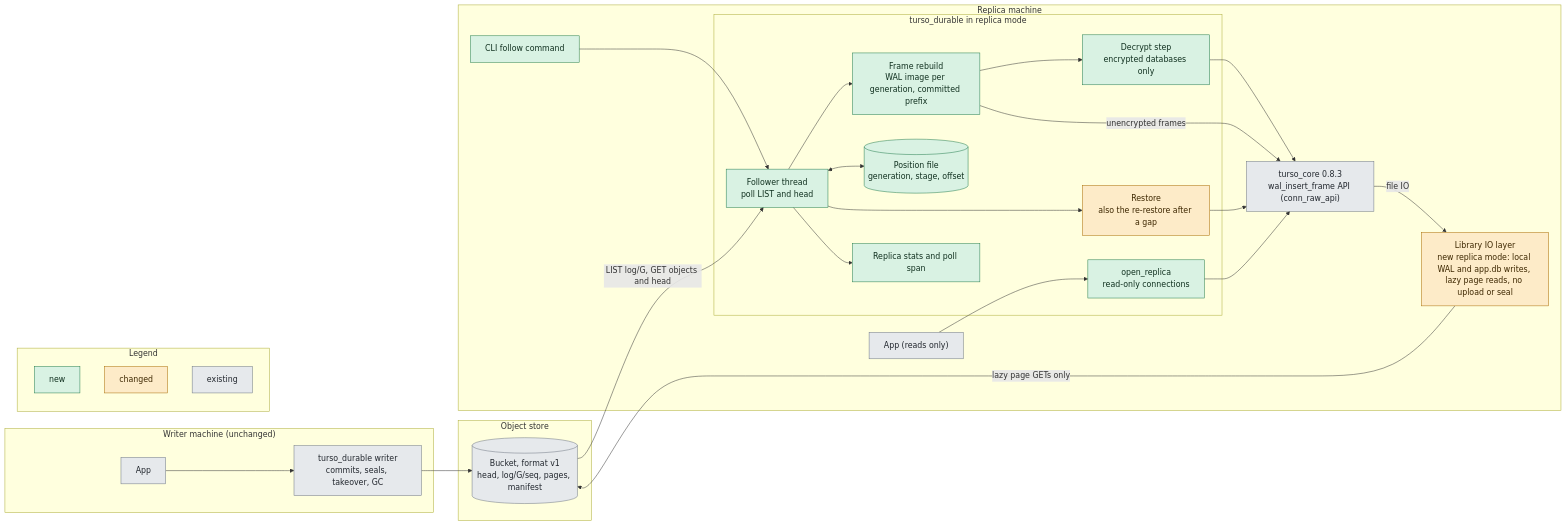
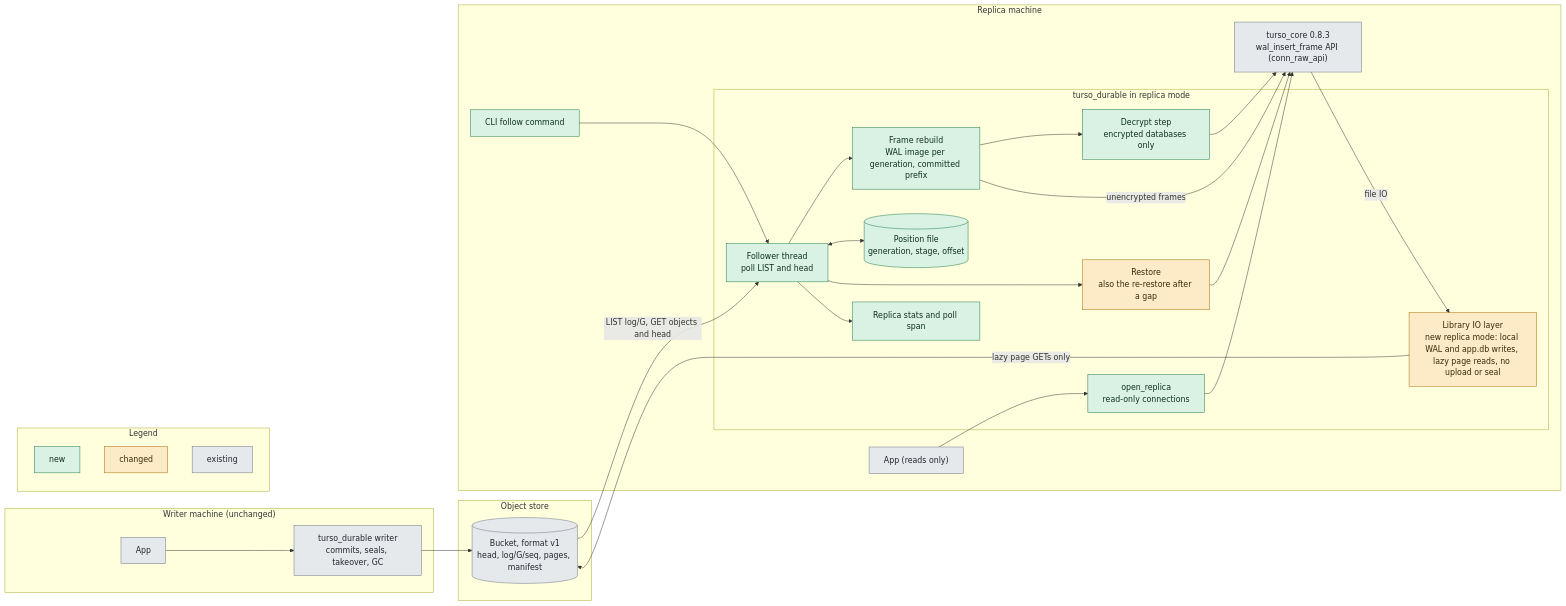
One commit to kahgeh/buckwal changed the first of 4 diagrams in docs/read-replicas-recon.md. Above: the diagram before and after it, drawn with Mermaid. The commit also changed other lines of this file, not shown here.

Commit message:
replica-recon: frame number rules for offset <= 0, rio inside the library box, re-run without --locked, audit conditions

````diff
--- a/docs/read-replicas-recon.md
+++ b/docs/read-replicas-recon.md
@@ -379,45 +386,45 @@
 ```mermaid
 flowchart LR
   subgraph writer["Writer machine (unchanged)"]
     wapp["App"]:::existing
     wlib["turso_durable writer<br/>commits, seals, takeover, GC"]:::existing
   end
   subgraph store["Object store"]
     bucket[("Bucket, format v1<br/>head, log/G/seq, pages, manifest")]:::existing
   end
   subgraph replica["Replica machine"]
     rapp["App (reads only)"]:::existing
     subgraph rlib["turso_durable in replica mode"]
       ropen["open_replica<br/>read-only connections"]:::new
       follow["Follower thread<br/>poll LIST and head"]:::new
       rebuild["Frame rebuild<br/>WAL image per generation, committed prefix"]:::new
       decrypt["Decrypt step<br/>encrypted databases only"]:::new
       pos[("Position file<br/>generation, stage, offset")]:::new
       rest["Restore<br/>also the re-restore after a gap"]:::changed
       stats["Replica stats and poll span"]:::new
+      rio["Library IO layer<br/>new replica mode: local WAL and app.db writes, lazy page reads, no upload or seal"]:::changed
     end
     core["turso_core 0.8.3<br/>wal_insert_frame API (conn_raw_api)"]:::existing
-    rio["Library IO layer<br/>new replica mode: local WAL and app.db writes, lazy page reads, no upload or seal"]:::changed
     cli["CLI follow command"]:::new
   end
   wapp --> wlib --> bucket
   bucket -- "LIST log/G, GET objects and head" --> follow
   follow --> rebuild --> decrypt --> core
   rebuild -- "unencrypted frames" --> core
   follow <--> pos
   rest --> core
   core -- "file IO" --> rio
   rio -- "lazy page GETs only" --> bucket
   follow --> rest
   rapp --> ropen --> core
   follow --> stats
   cli --> follow
   subgraph legend["Legend"]
     l1["new"]:::new
     l2["changed"]:::changed
     l3["existing"]:::existing
   end
   classDef new fill:#d9f2e3,stroke:#1f7a4a,color:#10301f
   classDef changed fill:#fdebc8,stroke:#a86b00,color:#3d2700
   classDef existing fill:#e6e9ec,stroke:#6b7480,color:#22272e
 ```
````
